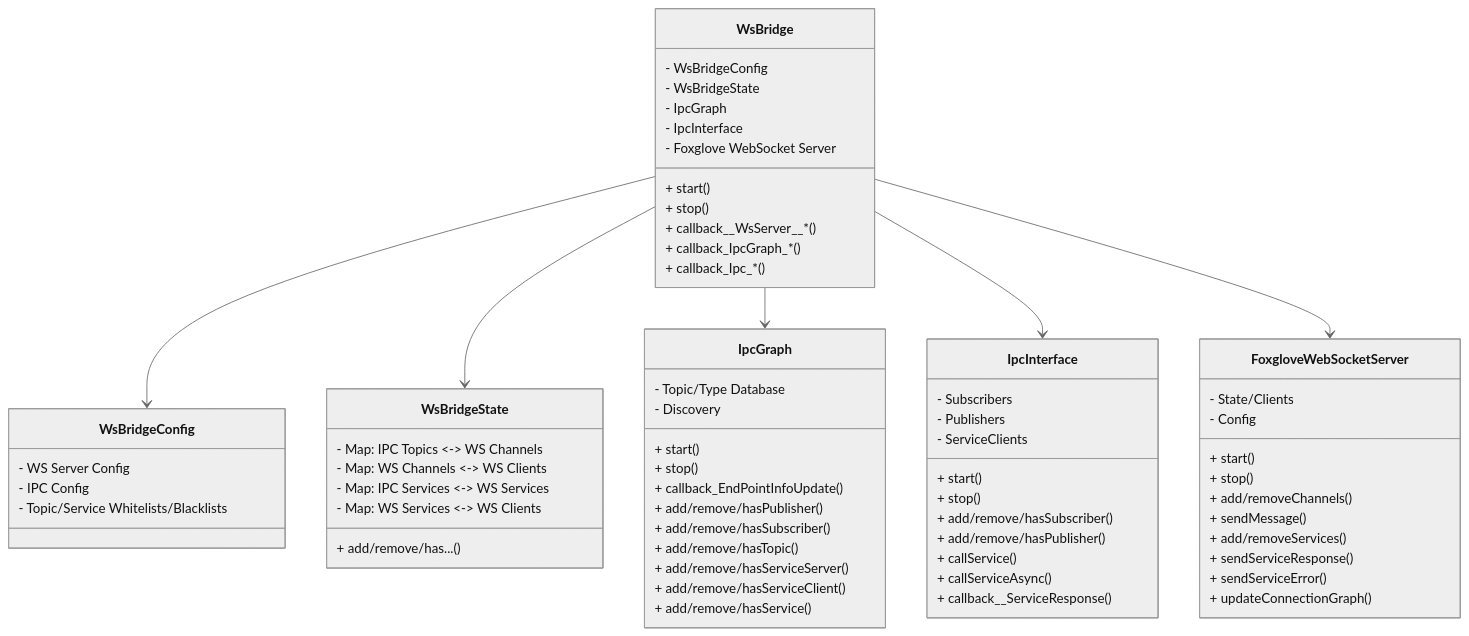
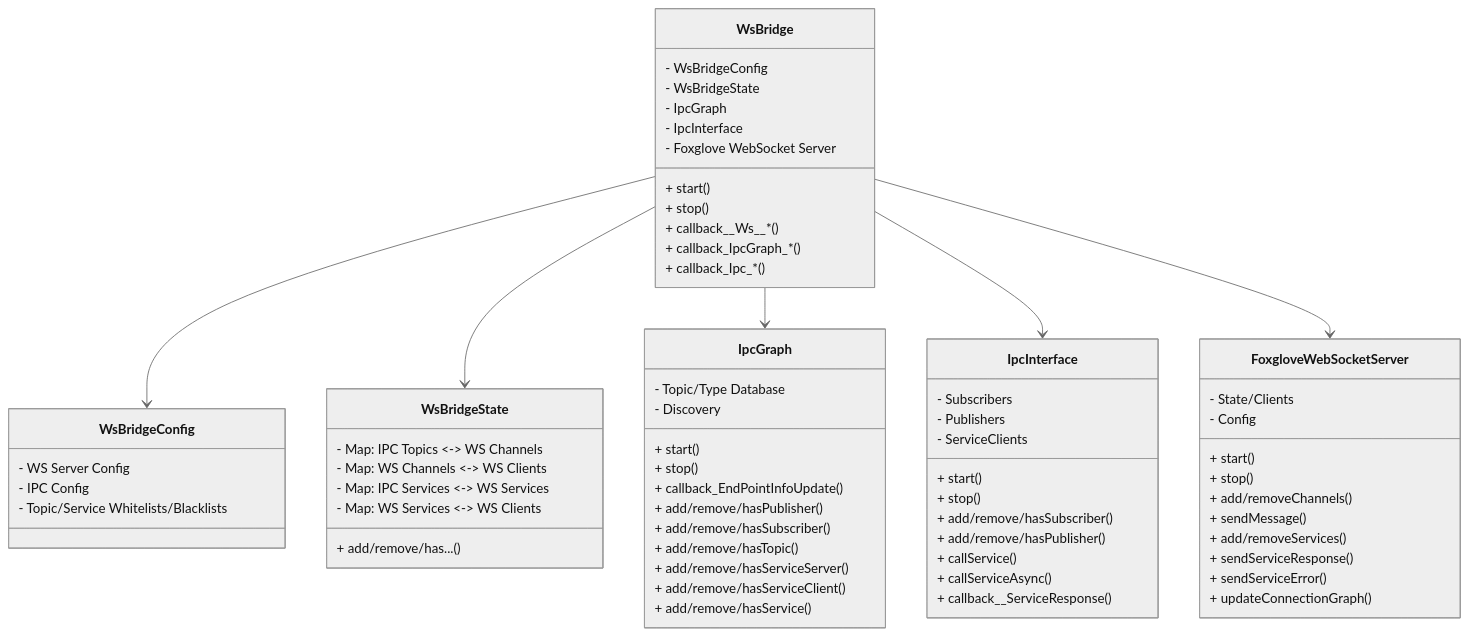
One commit to olympus-robotics/hephaestus changed the diagram in modules/websocket_bridge/README.md. Above: the diagram before and after it, drawn with Mermaid (neutral theme). The commit also changed 22 other files, not shown here.

```diff
--- a/modules/websocket_bridge/README.md
+++ b/modules/websocket_bridge/README.md
@@ -38,7 +38,7 @@
     + start()
     + stop()
 
-    + callback__WsServer__*()
+    + callback__Ws__*()
     + callback_IpcGraph_*()
     + callback_Ipc_*()
 }
```
